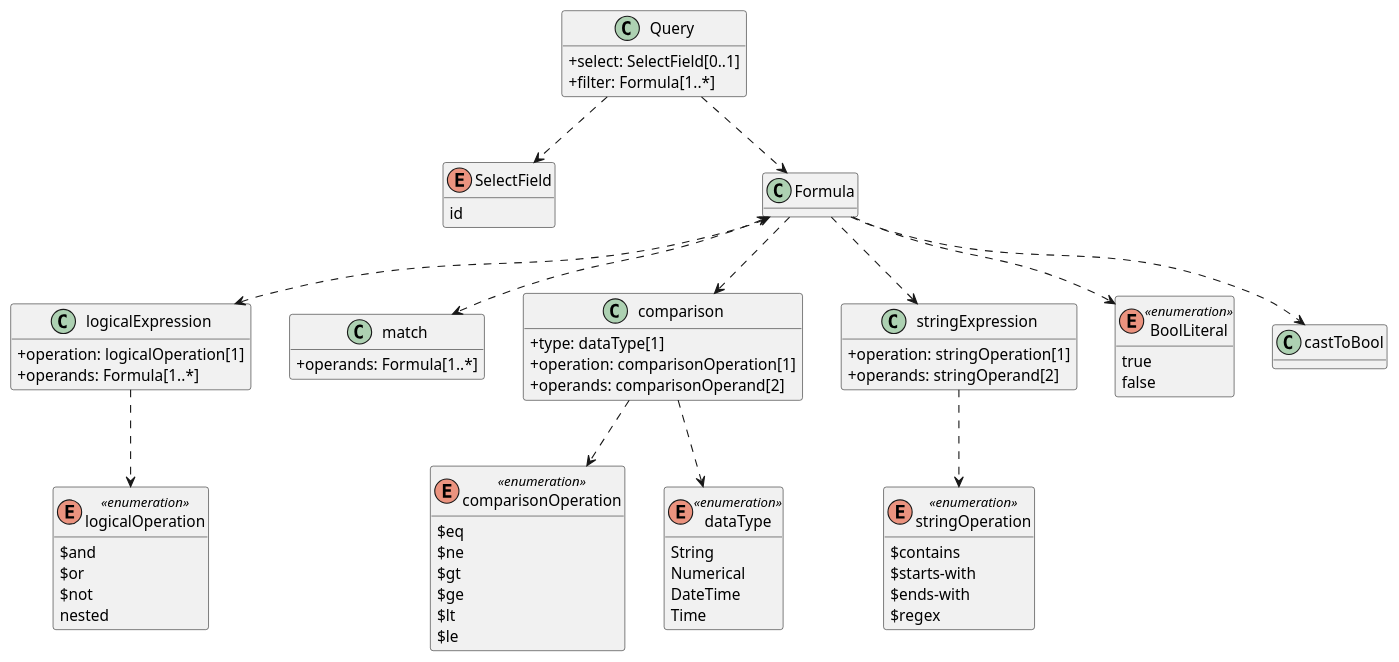
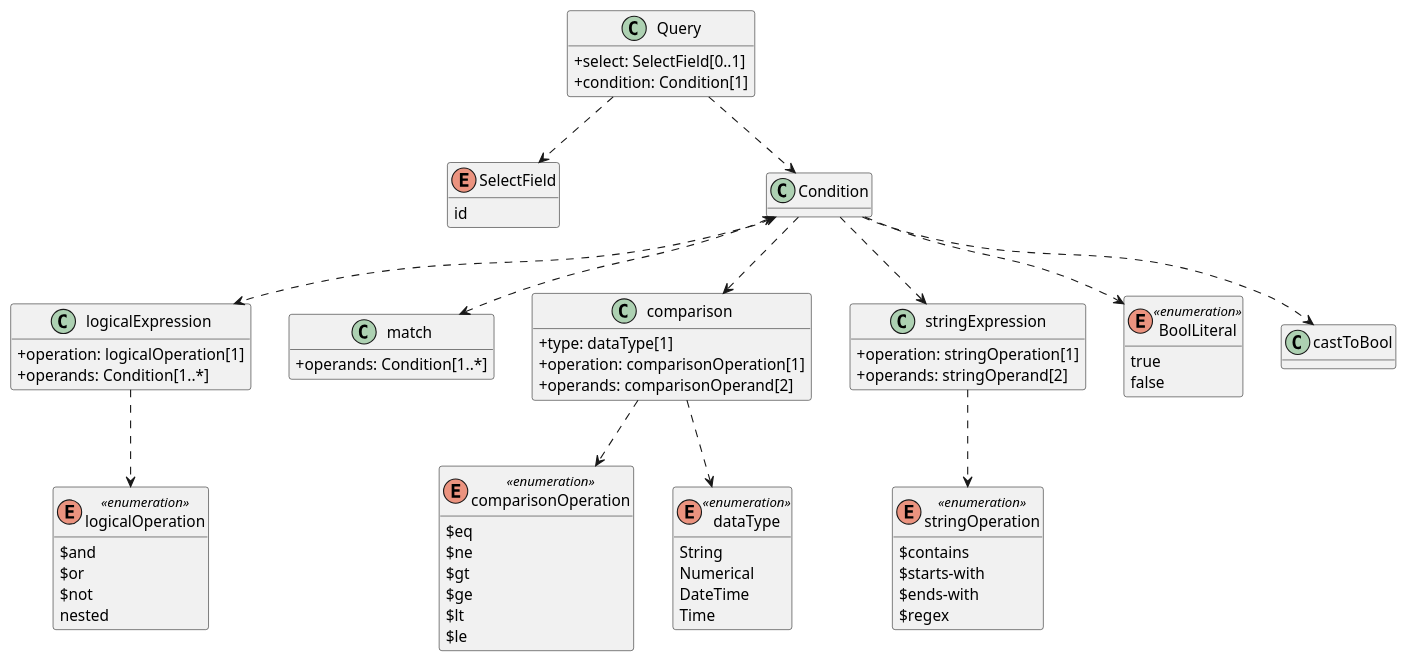
One commit to admin-shell-io/aas-specs-api changed the diagram in documentation/IDTA-01002-3/modules/ROOT/images/plantuml/query-language-overview.puml. Above: the diagram before and after it, drawn with PlantUML. The commit also changed 3 other files, not shown here.

Commit message:
consistent usage of notes + filter -> condition

```diff
--- a/documentation/IDTA-01002-3/modules/ROOT/images/plantuml/query-language-overview.puml
+++ b/documentation/IDTA-01002-3/modules/ROOT/images/plantuml/query-language-overview.puml
@@ -1,101 +1,101 @@
 @startuml
 !pragma useIntermediatePackages false
 skinparam classAttributeIconSize 0
 
 hide methods 
 
 class Query {
     +select: SelectField[0..1]
-    +filter: Formula[1..*]
+    +condition: Condition[1]
 }
  
 Query ..> SelectField
-Query ..> Formula
+Query ..> Condition
 
 ' to better arrange the SelectField
 SelectField -r[hidden]- Placeholder1
-Placeholder1 -r[hidden]- Formula
+Placeholder1 -r[hidden]- Condition
 hide Placeholder1
 
 ' to better arrange the elements
-Placeholder2 -l[hidden]- Formula
+Placeholder2 -l[hidden]- Condition
 hide Placeholder2
  
 enum SelectField {
      id
 }
 
 
-  class Formula {
+  class Condition {
   }
 
   enum logicalOperation <<enumeration>> {
     $and
     $or
     $not
     nested
   }
 
   class logicalExpression {
     +operation: logicalOperation[1]
-    +operands: Formula[1..*]
+    +operands: Condition[1..*]
   }
 
   class match {
-    +operands: Formula[1..*]
+    +operands: Condition[1..*]
   }
 
   enum comparisonOperation <<enumeration>> {
     $eq
     $ne
     $gt
     $ge
     $lt
     $le
   }
   enum dataType <<enumeration>> {
     String
     Numerical
     DateTime
     Time
   }
   class comparison {
     +type: dataType[1]
     +operation: comparisonOperation[1]
     +operands: comparisonOperand[2]
   }
 
   enum stringOperation <<enumeration>> {
     $contains
     $starts-with
     $ends-with
     $regex
   }
   class stringExpression {
     +operation: stringOperation[1]
     +operands: stringOperand[2]
   }
 
   enum BoolLiteral <<enumeration>> {
     true
     false
   }
   class castToBool {}
 
-  Formula <.d.> logicalExpression
+  Condition <.d.> logicalExpression
   logicalExpression ..> logicalOperation
   stringExpression ..> stringOperation
-  Formula ..> comparison
-  Formula <..> match
+  Condition ..> comparison
+  Condition <..> match
   comparison ..> dataType
   comparison ..> comparisonOperation
-  Formula ..> stringExpression
-  Formula .d.> castToBool
-  Formula .d.> BoolLiteral
+  Condition ..> stringExpression
+  Condition .d.> castToBool
+  Condition .d.> BoolLiteral
 
-'for better arrangements of the classes below Formula
+'for better arrangements of the classes below Condition
 ' match .l[hidden]. comparison
 
 
 
 @enduml
```
